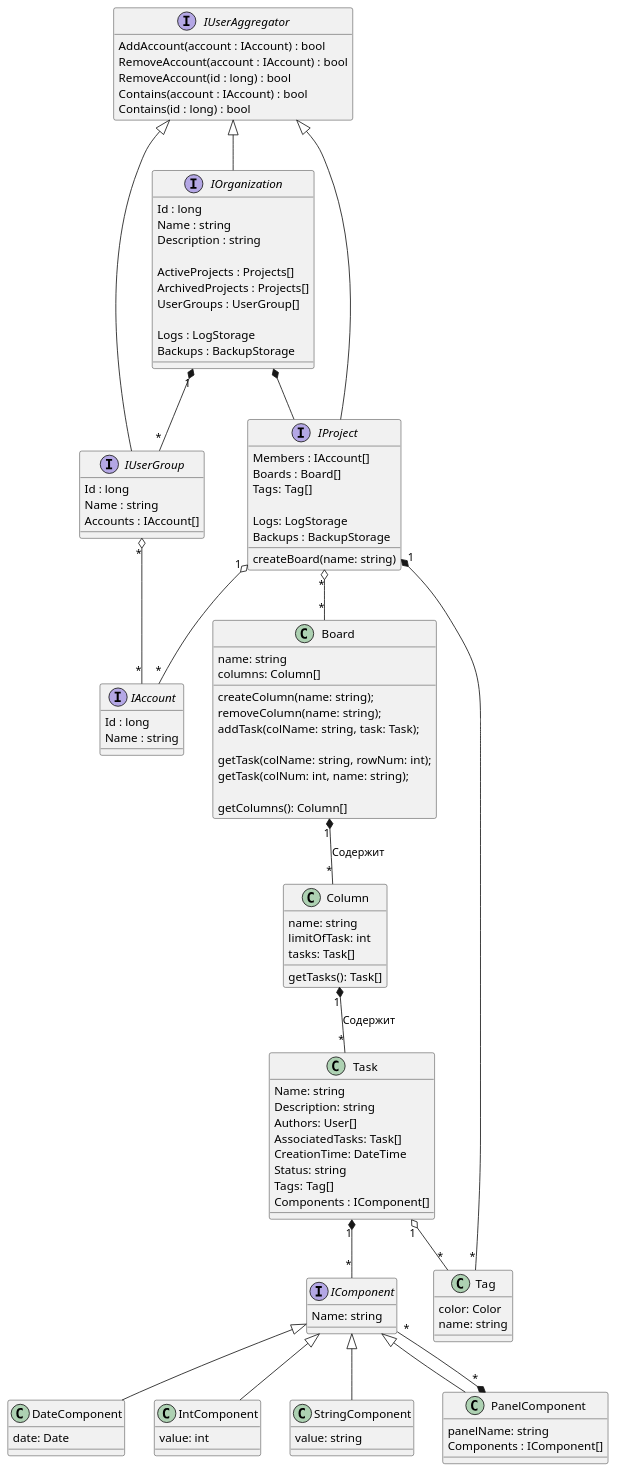
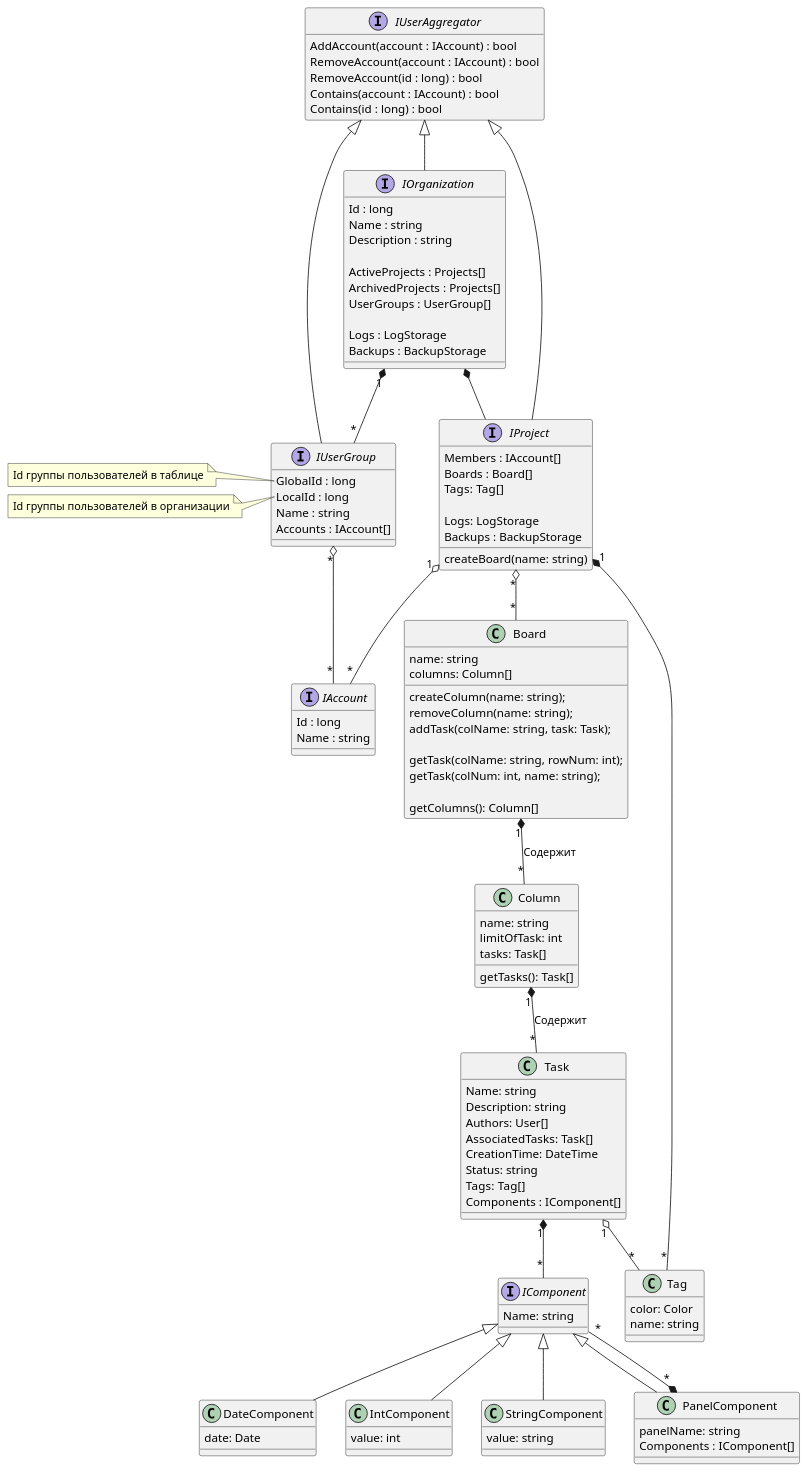
One commit to HandsAndKeyboards/TFlic changed the diagram in doc/diagrams/class/organization full class.puml. Above: the diagram before and after it, drawn with PlantUML. The commit also changed 1 other file, not shown here.

Commit message:
теперь группа пользователей содержит глобальный и локальный id

````diff
--- a/doc/diagrams/class/organization full class.puml
+++ b/doc/diagrams/class/organization full class.puml
@@ -1,161 +1,168 @@
 @startumlProject
 
 interface IUserAggregator {
     AddAccount(account : IAccount) : bool
     RemoveAccount(account : IAccount) : bool
     RemoveAccount(id : long) : bool
     Contains(account : IAccount) : bool
     Contains(id : long) : bool
 }
 hide IUserAggregator fields
 
 '''''''''''''''''''''''''''''''''''''''''''''''''''''''''''''''''''''''' ACCOUNTS
 
 interface IUserGroup {
-    Id : long
+    GlobalId : long
+    LocalId : long
     Name : string
     Accounts : IAccount[]
 }
 IUserAggregator <|-- IUserGroup
 IOrganization "1" *-- "*" IUserGroup
+note left of IUserGroup::GlobalId
+    Id группы пользователей в таблице
+end note 
+note left of IUserGroup::LocalId
+    Id группы пользователей в организации
+end note 
 
 interface IAccount {
     Id : long    
     Name : string
 }
 IUserGroup "*" o- "*" IAccount
 IProject "1" o-- "*" IAccount
 
 '''''''''''''''''''''''''''''''''''''''''''''''''''''''''''''''''''''''' ORGANIZATION
 
 interface IOrganization {
     Id : long
     Name : string
     Description : string
     
     ActiveProjects : Projects[]
     ArchivedProjects : Projects[]
     UserGroups : UserGroup[]
      
     Logs : LogStorage
     Backups : BackupStorage
 }
 IUserAggregator <|-- IOrganization
 
 '''''''''''''''''''''''''''''''''''''''''''''''''''''''''''''''''''''''' PROJECT
 
 interface IProject 
 {
     Members : IAccount[]
     Boards : Board[]
     Tags: Tag[]
 
     Logs: LogStorage
     Backups : BackupStorage
 
     createBoard(name: string)
 }
 IUserAggregator <|-- IProject
 IOrganization *-- IProject
 
 'class Project
 '{
 '
 '}
 'IProject <|-- Project
 
 '''''''''''''''''''''''''''''''''''''''''''''''''''''''''''''''''''''''' BOARD
 
 class Board
 {
     name: string
     columns: Column[]
 
     createColumn(name: string);
     removeColumn(name: string);
     addTask(colName: string, task: Task);
 
     ''''''''''''''' ????
     getTask(colName: string, rowNum: int); 
     getTask(colNum: int, name: string);
     '''''''''''''''
 
     getColumns(): Column[]
 }
 IProject "*" o-- "*" Board
 
 '''''''''''''''''''''''''''''
 
 class Column
 {
     name: string
     limitOfTask: int
     tasks: Task[]
 
     getTasks(): Task[]
 }
 
 '''''''''''''''''''''''''''''
 
 class Task
 {
     Name: string
     Description: string
     Authors: User[]
     AssociatedTasks: Task[]
     CreationTime: DateTime
     Status: string
     Tags: Tag[]
     Components : IComponent[]
 }
 
 Task "1" *-- "*" IComponent
 
 '''''''''''''''''''''''''''''
 
 interface IComponent
 {
     Name: string
 }
 
 class DateComponent
 {
     date: Date
 }
 
 class IntComponent
 {
     value: int
 }
 
 class StringComponent
 {
     value: string
 }
 
 class PanelComponent
 {
     panelName: string
     Components : IComponent[]
 }
 
 IComponent <|-- DateComponent
 IComponent <|-- IntComponent
 IComponent <|-- StringComponent
 IComponent <|-- PanelComponent
 PanelComponent "*" *-- "*" IComponent
 
 '''''''''''''''''''''''''''''```
 
 class Tag
 {
     color: Color
     name: string
 }
 IProject "1" *-- "*" Tag
 
 Board "1" *-- "*" Column : Содержит
 Column "1" *-- "*" Task : Содержит
 Task "1" o-- "*" Tag
 
 @enduml
````
